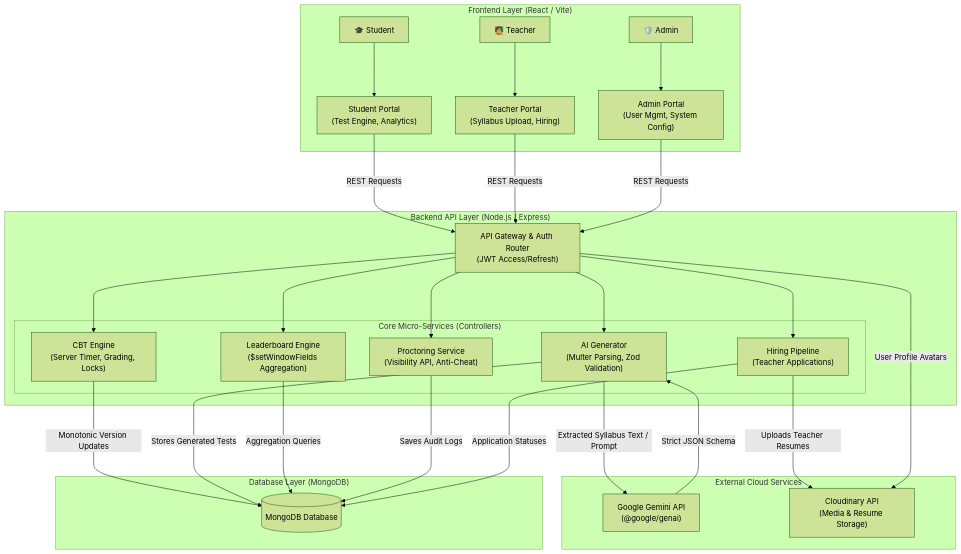
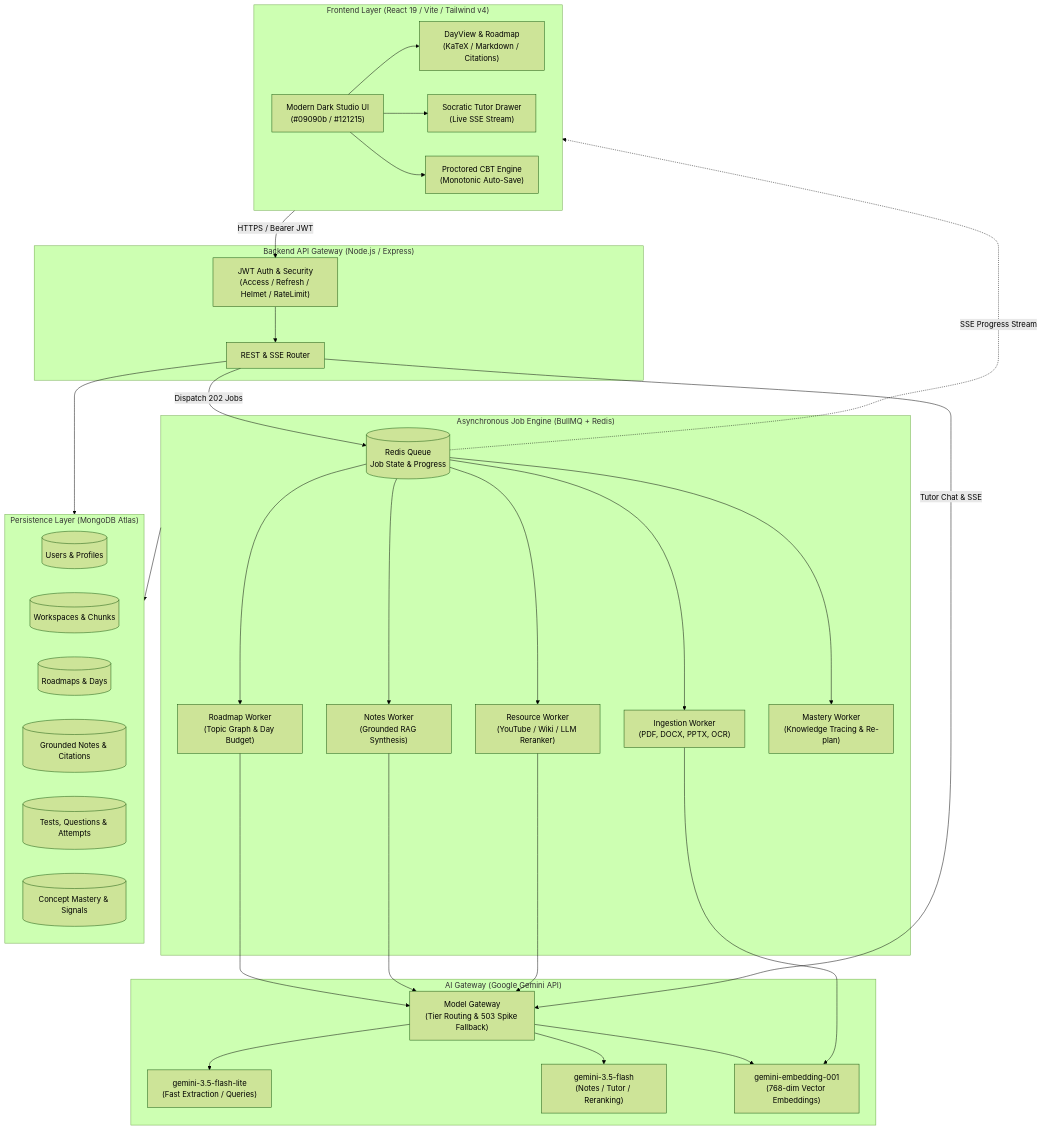
One commit to Soupal23/AlgoPrep changed the diagram in README.md. Above: the diagram before and after it, drawn with Mermaid (forest theme). The commit also changed other lines of this file, not shown here.

Commit message:
docs(readme): rewrite README for v2.0 architecture, RAG pipeline, and endpoints

````diff
--- a/README.md
+++ b/README.md
@@ -83,61 +76,68 @@
 ```mermaid
-graph TD
-    %% User Roles
-    subgraph "Frontend Layer (React / Vite)"
-        S["🎓 Student"]
-        T["🧑‍🏫 Teacher"]
-        A["🛡️ Admin"]
-        
-        SP["Student Portal<br/>(Test Engine, Analytics)"]
-        TP["Teacher Portal<br/>(Syllabus Upload, Hiring)"]
-        AP["Admin Portal<br/>(User Mgmt, System Config)"]
-        
-        S ---> SP
-        T ---> TP
-        A ---> AP
+graph TB
+    %% Client Tier
+    subgraph Client ["Frontend Layer (React 19 / Vite / Tailwind v4)"]
+        UI["Modern Dark Studio UI<br/>(#09090b / #121215)"]
+        DV["DayView & Roadmap<br/>(KaTeX / Markdown / Citations)"]
+        TutorUI["Socratic Tutor Drawer<br/>(Live SSE Stream)"]
+        CBTUI["Proctored CBT Engine<br/>(Monotonic Auto-Save)"]
+        UI --> DV
+        UI --> TutorUI
+        UI --> CBTUI
     end
 
-    %% Backend API Gateway
-    subgraph "Backend API Layer (Node.js / Express)"
-        API["API Gateway & Auth Router<br/>(JWT Access/Refresh)"]
+    %% API Tier
+    subgraph Server ["Backend API Gateway (Node.js / Express)"]
+        Auth["JWT Auth & Security<br/>(Access / Refresh / Helmet / RateLimit)"]
+        Router["REST & SSE Router"]
+        Auth --> Router
+    end
+    Client -->|HTTPS / Bearer JWT| Auth
+
+    %% Worker & Queue Tier
+    subgraph Queues ["Asynchronous Job Engine (BullMQ + Redis)"]
+        Redis[("Redis Queue<br/>Job State & Progress")]
+        W_Ingest["Ingestion Worker<br/>(PDF, DOCX, PPTX, OCR)"]
+        W_Roadmap["Roadmap Worker<br/>(Topic Graph & Day Budget)"]
+        W_Notes["Notes Worker<br/>(Grounded RAG Synthesis)"]
+        W_Res["Resource Worker<br/>(YouTube / Wiki / LLM Reranker)"]
+        W_Analysis["Mastery Worker<br/>(Knowledge Tracing & Re-plan)"]
         
-        SP --->|REST Requests| API
-        TP --->|REST Requests| API
-        AP --->|REST Requests| API
+        Redis --> W_Ingest
+        Redis --> W_Roadmap
+        Redis --> W_Notes
+        Redis --> W_Res
+        Redis --> W_Analysis
+    end
+    Router -->|Dispatch 202 Jobs| Redis
+    Redis -.->|SSE Progress Stream| Client
+
+    %% AI Gateway Tier
+    subgraph AIGateway ["AI Gateway (Google Gemini API)"]
+        LLMGateway["Model Gateway<br/>(Tier Routing & 503 Spike Fallback)"]
+        M_Fast["gemini-3.5-flash-lite<br/>(Fast Extraction / Queries)"]
+        M_Default["gemini-3.5-flash<br/>(Notes / Tutor / Reranking)"]
+        Embedder["gemini-embedding-001<br/>(768-dim Vector Embeddings)"]
         
-        subgraph "Core Micro-Services (Controllers)"
-            CBT["CBT Engine<br/>(Server Timer, Grading, Locks)"]
-            AI["AI Generator<br/>(Multer Parsing, Zod Validation)"]
-            LBD["Leaderboard Engine<br/>($setWindowFields Aggregation)"]
-            PROC["Proctoring Service<br/>(Visibility API, Anti-Cheat)"]
-            HR["Hiring Pipeline<br/>(Teacher Applications)"]
-        end
-        
-        API ---> CBT
-        API ---> AI
-        API ---> LBD
-        API ---> PROC
-        API ---> HR
+        LLMGateway --> M_Fast
+        LLMGateway --> M_Default
+        LLMGateway --> Embedder
     end
+    W_Ingest --> Embedder
+    W_Roadmap --> LLMGateway
+    W_Notes --> LLMGateway
+    W_Res --> LLMGateway
+    Router -->|Tutor Chat & SSE| LLMGateway
 
-    %% External Cloud Services
-    subgraph "External Cloud Services"
-        GEMINI["Google Gemini API<br/>(@google/genai)"]
-        CLOUDINARY["Cloudinary API<br/>(Media & Resume Storage)"]
+    %% Database Tier
+    subgraph Persistence ["Persistence Layer (MongoDB Atlas)"]
+        DB_Users[("Users & Profiles")]
+        DB_Workspaces[("Workspaces & Chunks")]
+        DB_Roadmaps[("Roadmaps & Days")]
+        DB_Notes[("Grounded Notes & Citations")]
+        DB_CBT[("Tests, Questions & Attempts")]
+        DB_Mastery[("Concept Mastery & Signals")]
     end
-    AI --->|Extracted Syllabus Text / Prompt| GEMINI
-    GEMINI --->|Strict JSON Schema| AI
-    
-    HR --->|Uploads Teacher Resumes| CLOUDINARY
-    API --->|User Profile Avatars| CLOUDINARY
-
-    %% Database Layer
-    subgraph "Database Layer (MongoDB)"
-        DB[("MongoDB Database")]
-        CBT --->|Monotonic Version Updates| DB
-        AI --->|Stores Generated Tests| DB
-        LBD --->|Aggregation Queries| DB
-        PROC --->|Saves Audit Logs| DB
-        HR --->|Application Statuses| DB
-    end
+    Router --> Persistence
+    Queues --> Persistence
 ```
````
